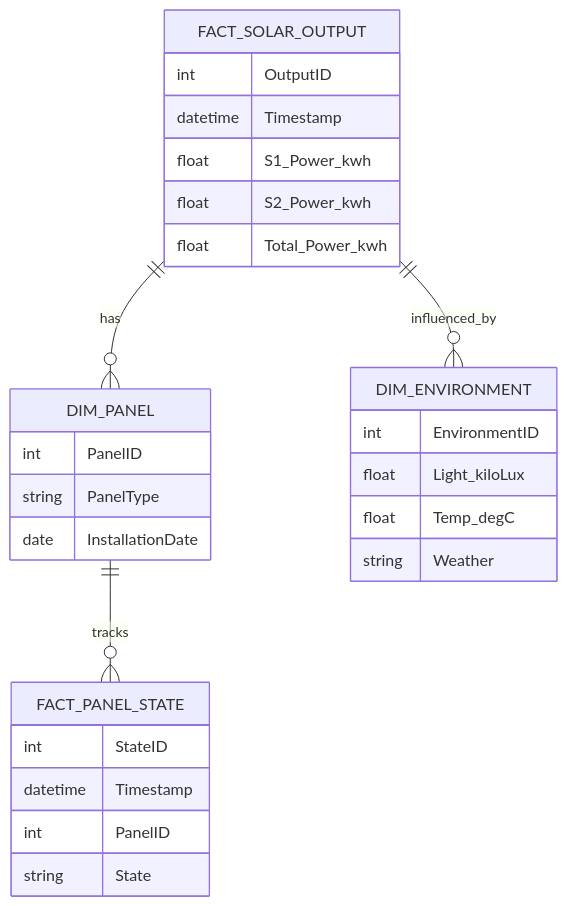
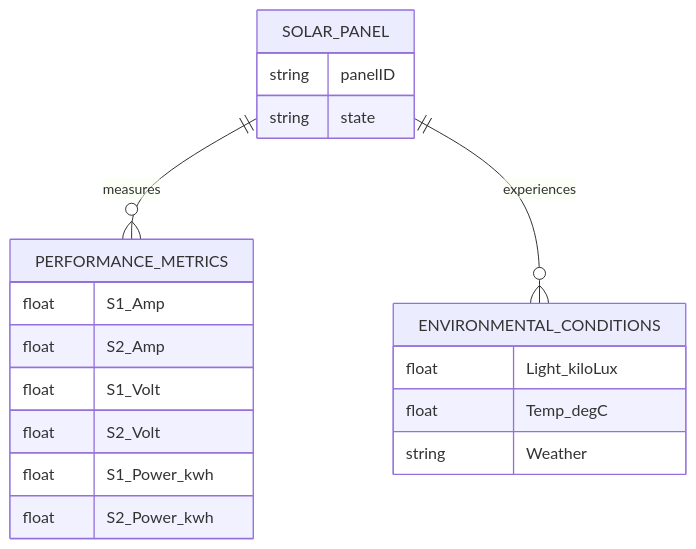
The diagram in docs/data_model.md (selin-k/bi_report_project), drawn with Mermaid before and after one commit. The commit also changed other lines of this file and 17 other files, not shown here.

````diff
--- a/docs/data_model.md
+++ b/docs/data_model.md
@@ -24,30 +14,22 @@
 ```mermaid
 erDiagram
-    FACT_SOLAR_OUTPUT ||--o{ DIM_PANEL : has
-    FACT_SOLAR_OUTPUT {
-        int OutputID
-        datetime Timestamp
+    SOLAR_PANEL ||--o{ PERFORMANCE_METRICS : measures
+    SOLAR_PANEL ||--o{ ENVIRONMENTAL_CONDITIONS : experiences
+    SOLAR_PANEL {
+        string panelID
+        string state
+    }
+    PERFORMANCE_METRICS {
+        float S1_Amp
+        float S2_Amp
+        float S1_Volt
+        float S2_Volt
         float S1_Power_kwh
         float S2_Power_kwh
-        float Total_Power_kwh
     }
-    DIM_PANEL ||--o{ FACT_PANEL_STATE : tracks
-    DIM_PANEL {
-        int PanelID
-        string PanelType
-        date InstallationDate
-    }
-    FACT_PANEL_STATE {
-        int StateID
-        datetime Timestamp
-        int PanelID
-        string State
-    }
-    FACT_SOLAR_OUTPUT ||--o{ DIM_ENVIRONMENT : influenced_by
-    DIM_ENVIRONMENT {
-        int EnvironmentID
+    ENVIRONMENTAL_CONDITIONS {
         float Light_kiloLux
         float Temp_degC
         string Weather
     }
 ```
````
